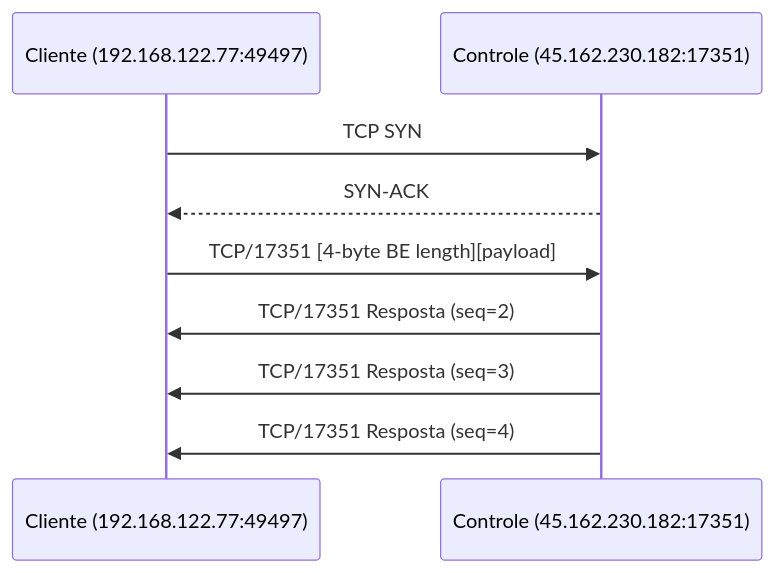
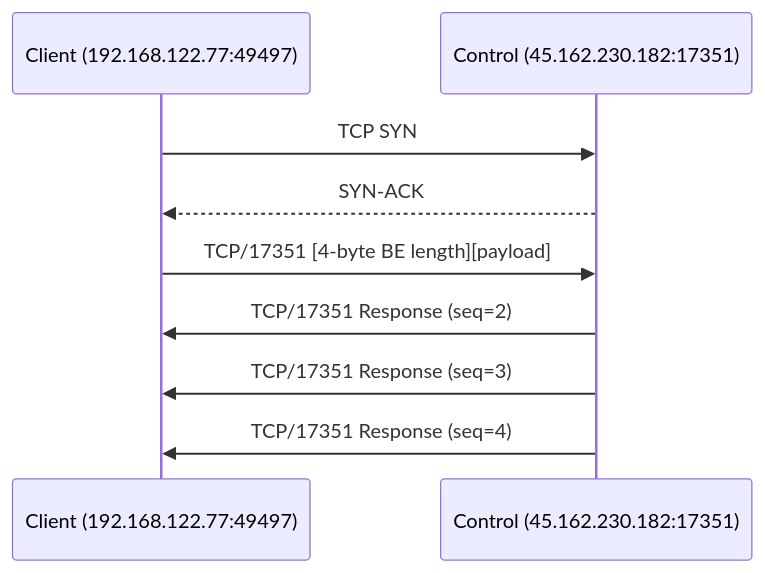
Before and after one commit to Pedrodroks34/radmin-vpn-linux-rs: the fifth of 6 diagrams in docs/PCAP_FLOW_MAP.md, drawn with Mermaid. The commit also changed other lines of this file and 5 other files, not shown here.

````diff
--- a/docs/PCAP_FLOW_MAP.md
+++ b/docs/PCAP_FLOW_MAP.md
@@ -156,12 +157,12 @@
 ```mermaid
 sequenceDiagram
-    participant C as Cliente (192.168.122.77:49497)
-    participant S3 as Controle (45.162.230.182:17351)
+    participant C as Client (192.168.122.77:49497)
+    participant S3 as Control (45.162.230.182:17351)
 
     C->>S3: TCP SYN
     S3-->>C: SYN-ACK
     C->>S3: TCP/17351 [4-byte BE length][payload]
-    S3->>C: TCP/17351 Resposta (seq=2)
-    S3->>C: TCP/17351 Resposta (seq=3)
-    S3->>C: TCP/17351 Resposta (seq=4)
+    S3->>C: TCP/17351 Response (seq=2)
+    S3->>C: TCP/17351 Response (seq=3)
+    S3->>C: TCP/17351 Response (seq=4)
 ```
````
